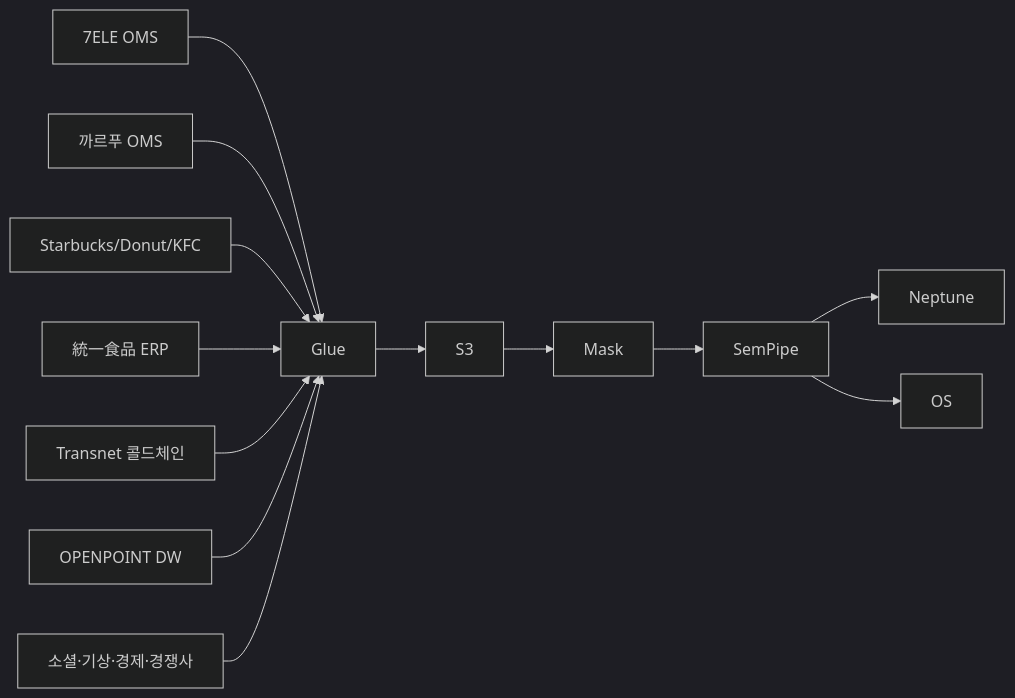
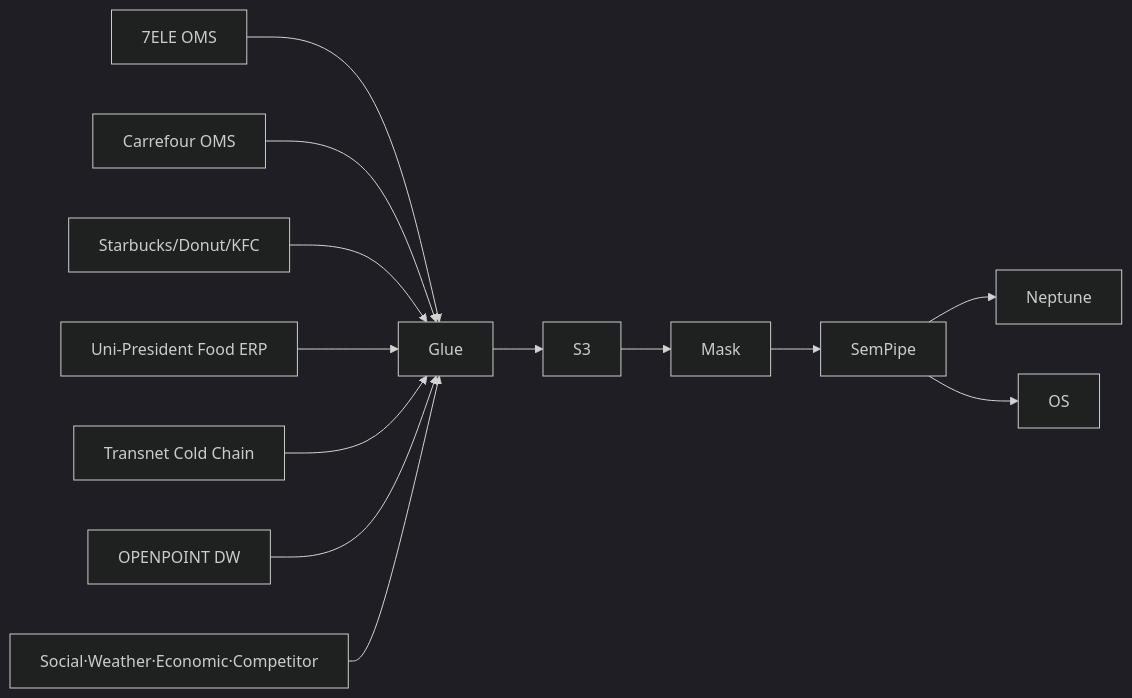
One commit to devfloor9/engineering-playbook changed the diagram in docs/industry-solutions/retail/uni-president-bu-integration/04-data-sources.md. Above: the diagram before and after it, drawn with Mermaid (dark theme). The commit also changed other lines of this file and 954 other files, not shown here.

````diff
--- a/docs/industry-solutions/retail/uni-president-bu-integration/04-data-sources.md
+++ b/docs/industry-solutions/retail/uni-president-bu-integration/04-data-sources.md
@@ -82,11 +82,11 @@
 ```mermaid
 graph LR
     BU1[7ELE OMS] --> Glue
-    BU2[까르푸 OMS] --> Glue
+    BU2[Carrefour OMS] --> Glue
     BU3[Starbucks/Donut/KFC] --> Glue
-    BU4[統一食品 ERP] --> Glue
-    BU5[Transnet 콜드체인] --> Glue
+    BU4[Uni-President Food ERP] --> Glue
+    BU5[Transnet Cold Chain] --> Glue
     OPENPOINT[OPENPOINT DW] --> Glue
     Glue --> S3 --> Mask --> SemPipe --> Neptune & OS
-    Ext[소셜·기상·경제·경쟁사] --> Glue
+    Ext[Social·Weather·Economic·Competitor] --> Glue
 ```
````
